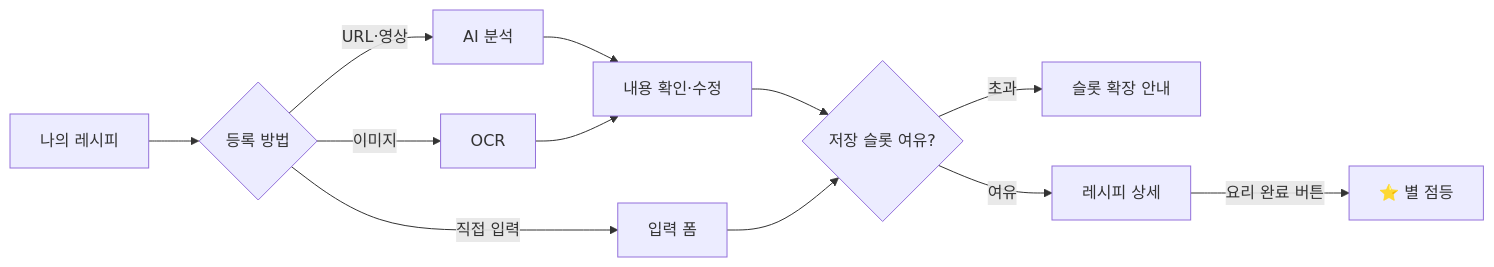
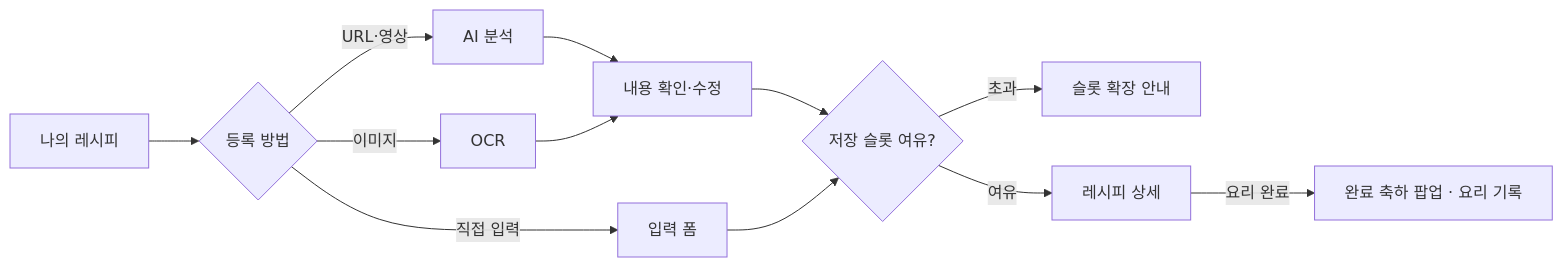
Before and after one commit to swyp-app-6-team-2/frontend: the first of 2 diagrams in README.md, drawn with Mermaid. The commit also changed other lines of this file and 5 other files, not shown here.

````diff
--- a/README.md
+++ b/README.md
@@ -48,14 +48,14 @@
 ```mermaid
 flowchart LR
   A[나의 레시피] --> B{등록 방법}
   B -->|URL·영상| C[AI 분석]
   B -->|이미지| D[OCR]
   B -->|직접 입력| F[입력 폼]
   C --> E[내용 확인·수정]
   D --> E
   E --> G{저장 슬롯 여유?}
   F --> G
   G -->|초과| H[슬롯 확장 안내]
   G -->|여유| I[레시피 상세]
-  I -->|요리 완료 버튼| J[⭐ 별 점등]
+  I -->|요리 완료| J[완료 축하 팝업 · 요리 기록]
 ```
````
